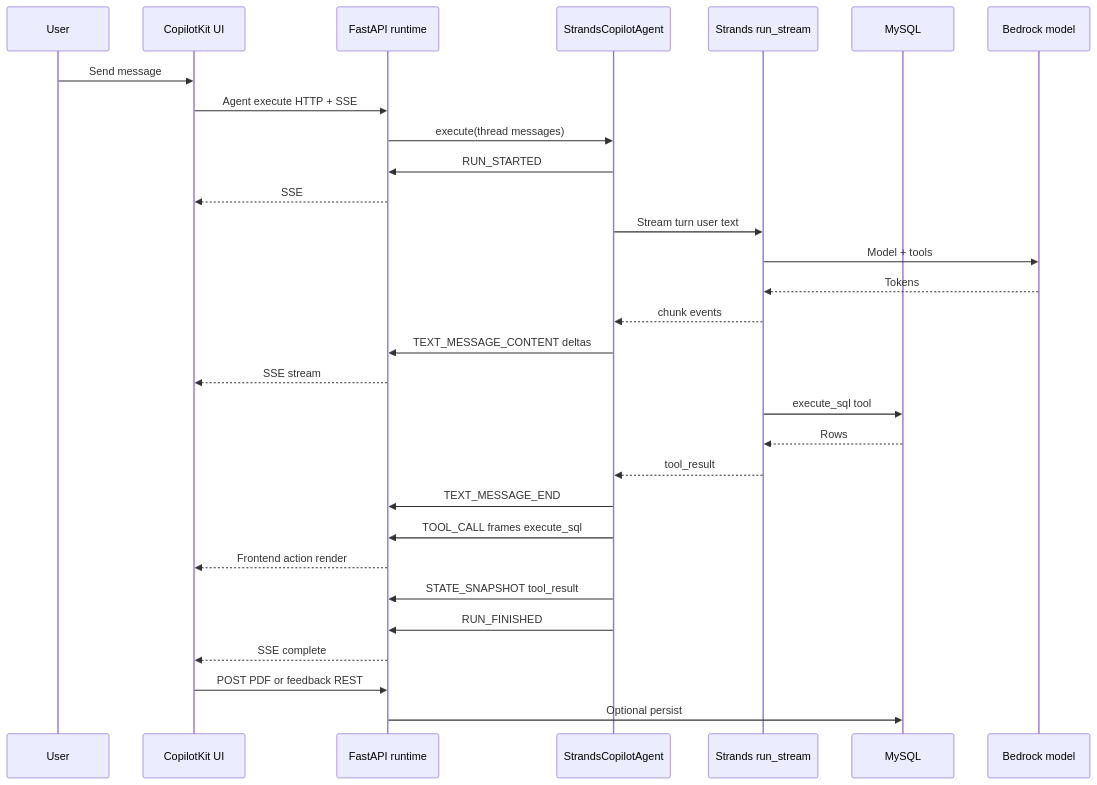
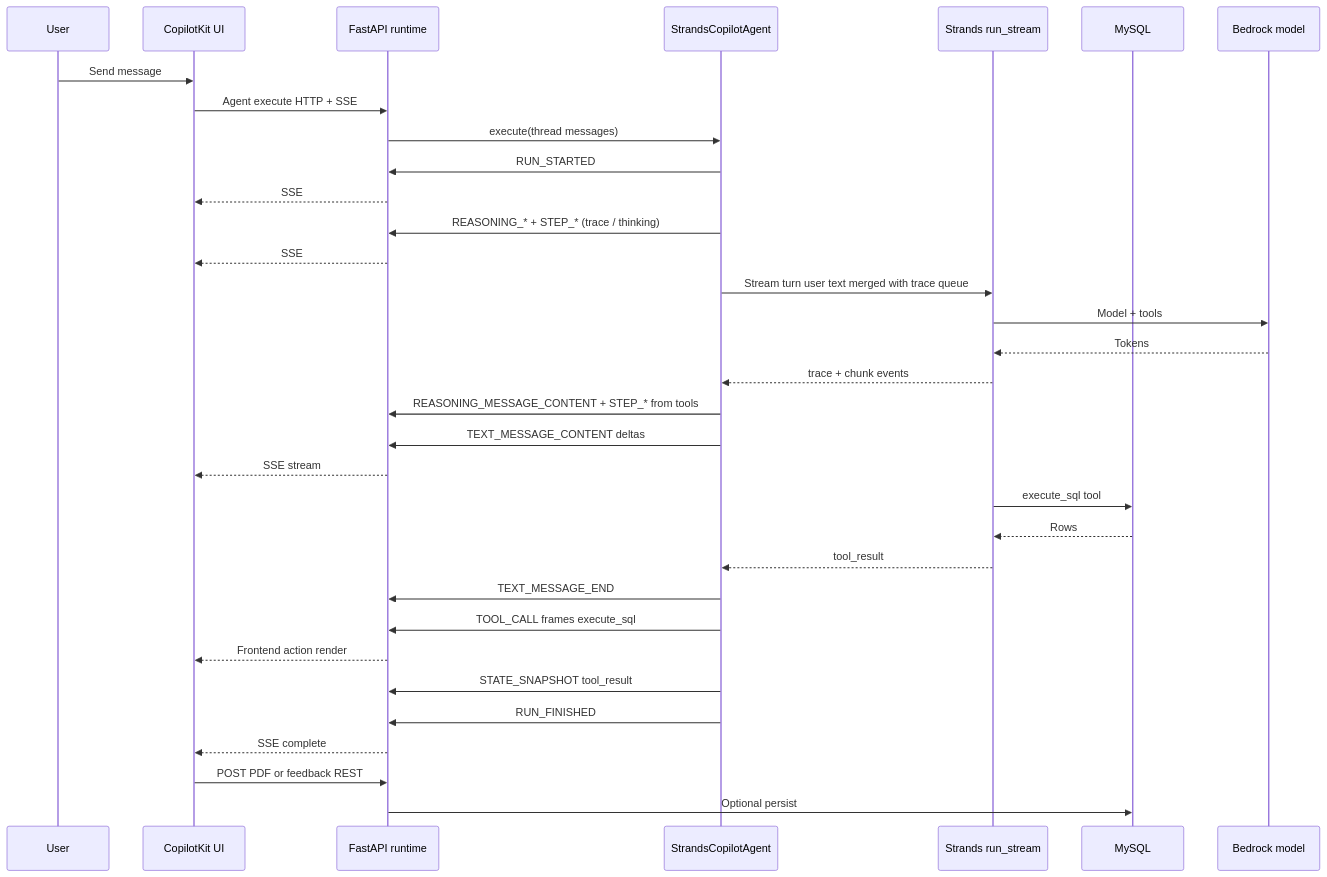
Before and after one commit to JordanRino/Smart-Report-Analyst: the diagram in docs/strands-copilot-agui-workflow.md, drawn with Mermaid. The commit also changed other lines of this file and 19 other files, not shown here.

Commit message:
feat(strands): enhance AG-UI with live reasoning and trace events

````diff
--- a/docs/strands-copilot-agui-workflow.md
+++ b/docs/strands-copilot-agui-workflow.md
@@ -10,39 +10,43 @@
 ```mermaid
 sequenceDiagram
   participant U as User
   participant UI as CopilotKit UI
   participant API as FastAPI runtime
   participant A as StrandsCopilotAgent
   participant S as Strands run_stream
   participant DB as MySQL
   participant M as Bedrock model
 
   U->>UI: Send message
   UI->>API: Agent execute HTTP + SSE
   API->>A: execute(thread messages)
 
   A->>API: RUN_STARTED
   API-->>UI: SSE
 
-  A->>S: Stream turn user text
+  A->>API: REASONING_* + STEP_* (trace / thinking)
+  API-->>UI: SSE
+
+  A->>S: Stream turn user text merged with trace queue
   S->>M: Model + tools
   M-->>S: Tokens
-  S-->>A: chunk events
+  S-->>A: trace + chunk events
+  A->>API: REASONING_MESSAGE_CONTENT + STEP_* from tools
   A->>API: TEXT_MESSAGE_CONTENT deltas
   API-->>UI: SSE stream
 
   S->>DB: execute_sql tool
   DB-->>S: Rows
   S-->>A: tool_result
 
   A->>API: TEXT_MESSAGE_END
   A->>API: TOOL_CALL frames execute_sql
   API-->>UI: Frontend action render
 
   A->>API: STATE_SNAPSHOT tool_result
   A->>API: RUN_FINISHED
   API-->>UI: SSE complete
 
   UI->>API: POST PDF or feedback REST
   API->>DB: Optional persist
 ```
````
